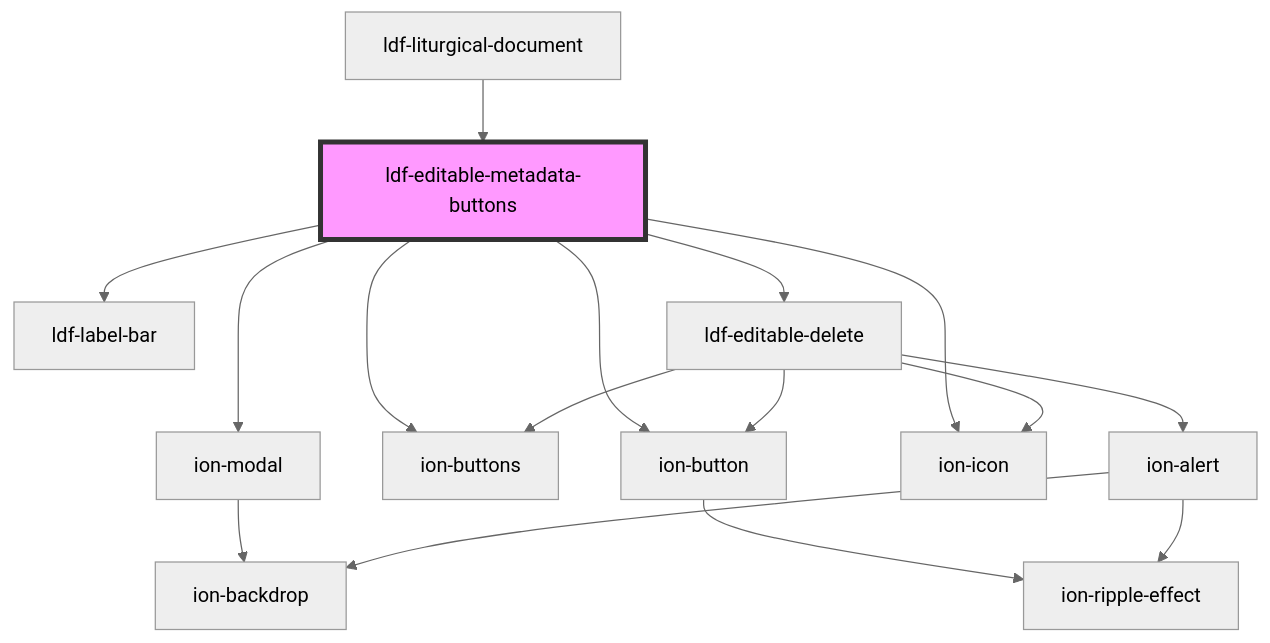
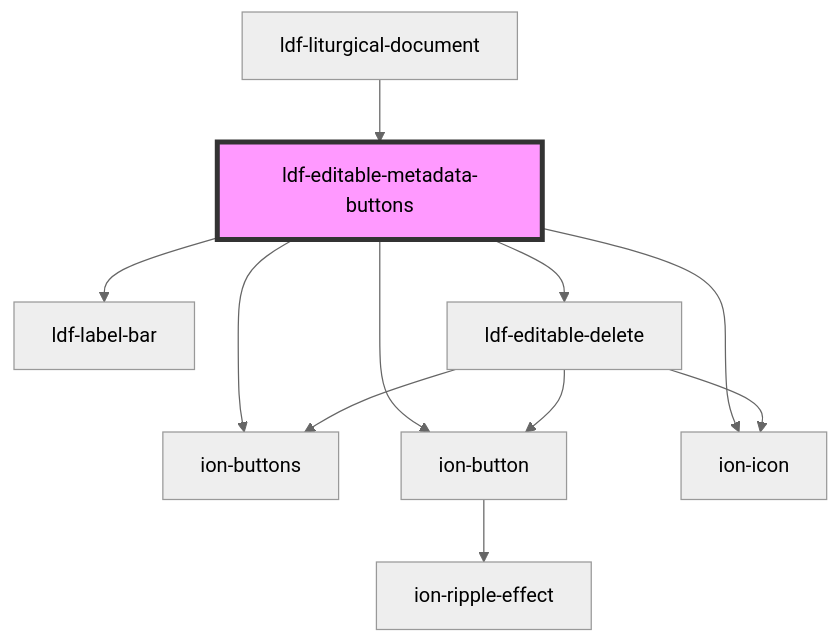
The diagram in components/src/components/editable-metadata-buttons/readme.md (gbj/venite), drawn with Mermaid (neutral theme) before and after one commit. The commit also changed other lines of this file and 7 other files, not shown here.

````diff
--- a/components/src/components/editable-metadata-buttons/readme.md
+++ b/components/src/components/editable-metadata-buttons/readme.md
@@ -34,19 +33,14 @@
 ```mermaid
 graph TD;
-  ldf-editable-metadata-buttons --> ion-modal
   ldf-editable-metadata-buttons --> ldf-label-bar
   ldf-editable-metadata-buttons --> ion-buttons
   ldf-editable-metadata-buttons --> ion-button
   ldf-editable-metadata-buttons --> ion-icon
   ldf-editable-metadata-buttons --> ldf-editable-delete
-  ion-modal --> ion-backdrop
   ion-button --> ion-ripple-effect
-  ldf-editable-delete --> ion-alert
   ldf-editable-delete --> ion-buttons
   ldf-editable-delete --> ion-button
   ldf-editable-delete --> ion-icon
-  ion-alert --> ion-ripple-effect
-  ion-alert --> ion-backdrop
   ldf-liturgical-document --> ldf-editable-metadata-buttons
   style ldf-editable-metadata-buttons fill:#f9f,stroke:#333,stroke-width:4px
 ```
````
